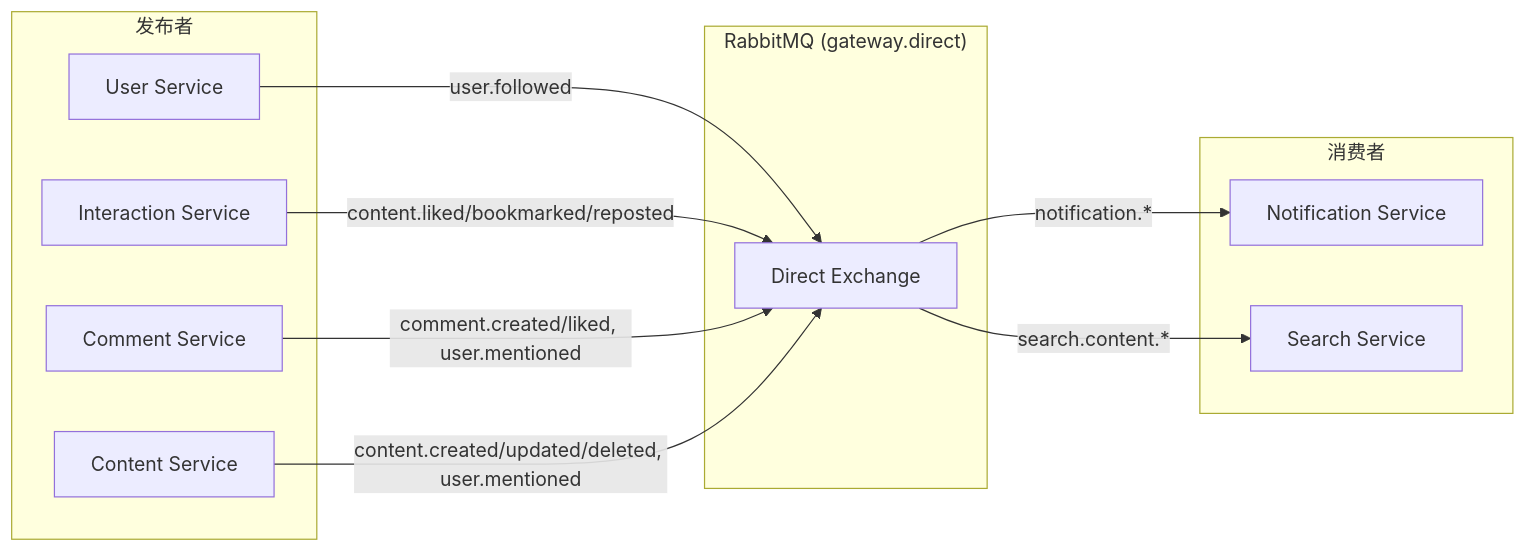
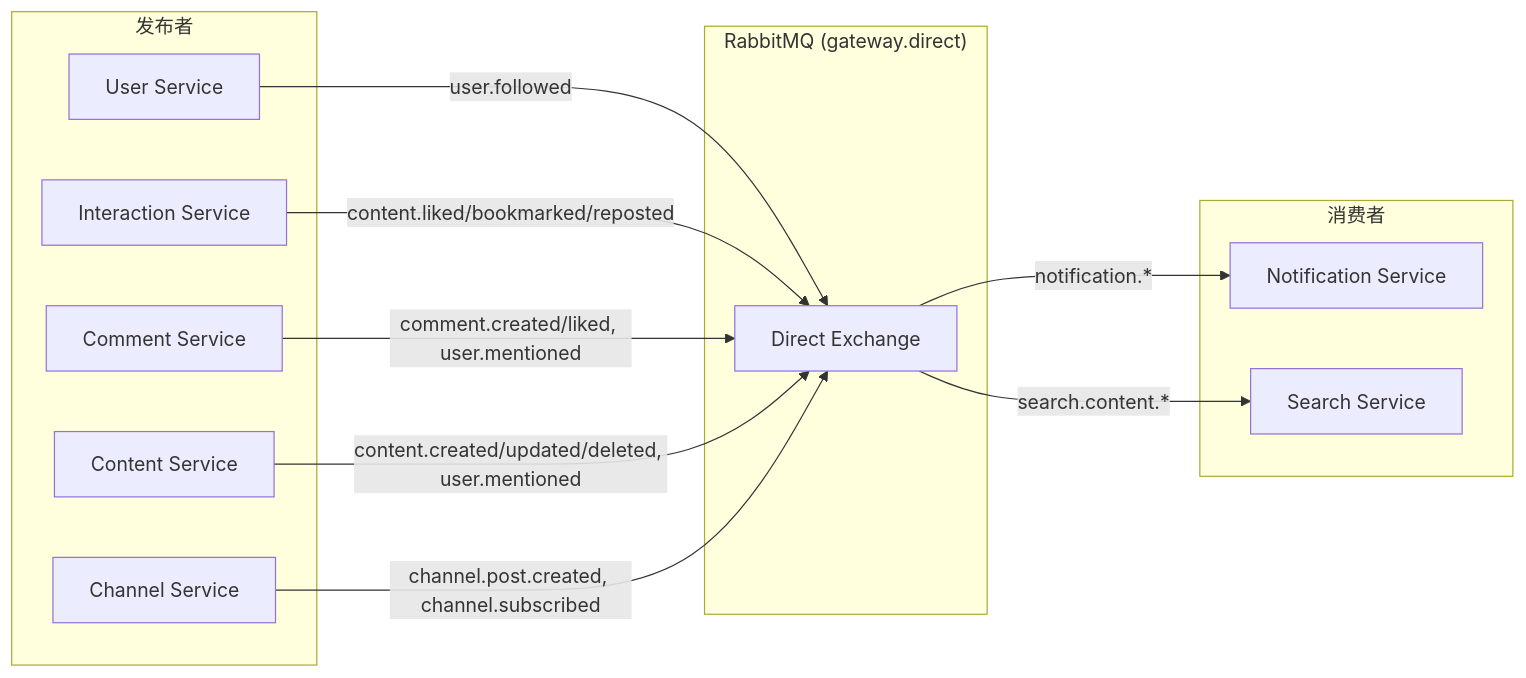
Before and after one commit to funcdfs/lesser: the third of 3 diagrams in docs/架构梳理.md, drawn with Mermaid. The commit also changed other lines of this file and 243 other files, not shown here.

````diff
--- a/docs/架构梳理.md
+++ b/docs/架构梳理.md
@@ -316,26 +327,28 @@
 ```mermaid
 graph LR
     subgraph Publishers["发布者"]
         User["User Service"]
         Interaction["Interaction Service"]
         Comment["Comment Service"]
         Content["Content Service"]
+        Channel["Channel Service"]
     end
 
     subgraph RabbitMQ["RabbitMQ (gateway.direct)"]
         Exchange["Direct Exchange"]
     end
 
     subgraph Consumers["消费者"]
         Notification["Notification Service"]
         Search["Search Service"]
     end
 
     User -->|user.followed| Exchange
     Interaction -->|content.liked/bookmarked/reposted| Exchange
     Comment -->|comment.created/liked, user.mentioned| Exchange
     Content -->|content.created/updated/deleted, user.mentioned| Exchange
+    Channel -->|channel.post.created, channel.subscribed| Exchange
 
     Exchange -->|notification.*| Notification
     Exchange -->|search.content.*| Search
 ```
````
